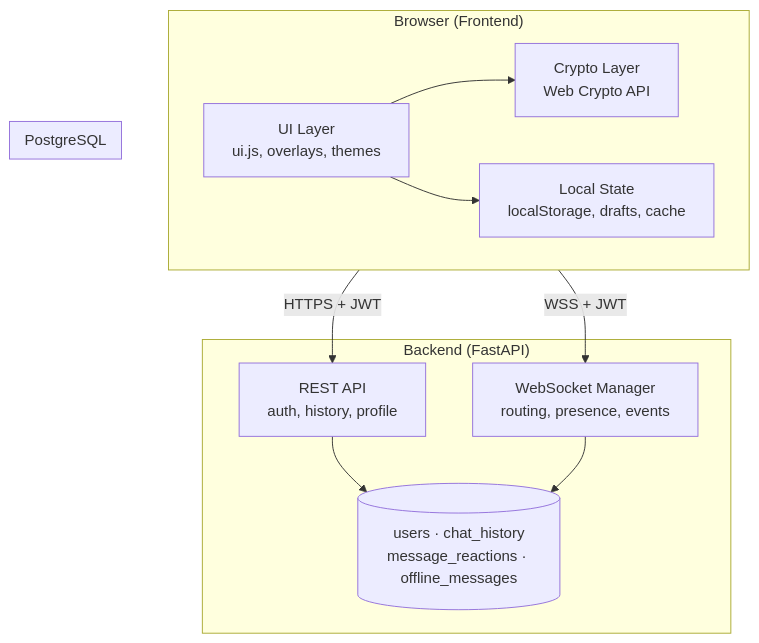
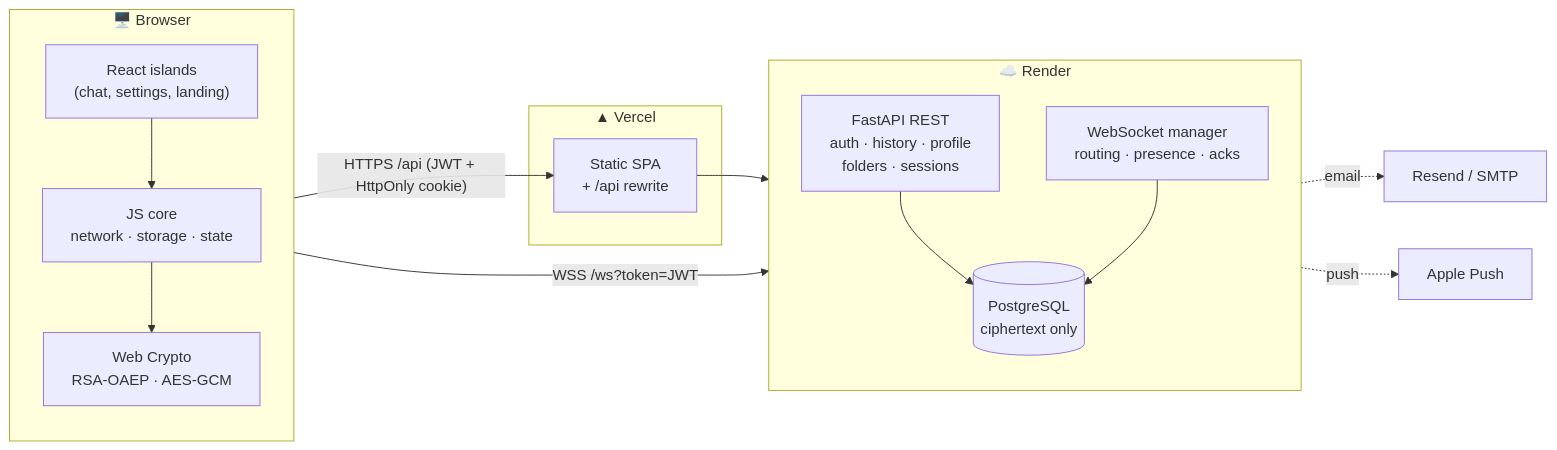
One commit to shytyk-develop/NEXA changed the first of 2 diagrams in README.md. Above: the diagram before and after it, drawn with Mermaid. The commit also changed other lines of this file, not shown here.

````diff
--- a/README.md
+++ b/README.md
@@ -119,24 +132,28 @@
 ```mermaid
-flowchart TB
-    subgraph Client["Browser (Frontend)"]
-        UI["UI Layer<br/>ui.js, overlays, themes"]
-        Crypto["Crypto Layer<br/>Web Crypto API"]
-        State["Local State<br/>localStorage, drafts, cache"]
-        UI --> Crypto
-        UI --> State
+flowchart LR
+    subgraph Browser["🖥️ Browser"]
+        direction TB
+        UI["React islands<br/>(chat, settings, landing)"]
+        Core["JS core<br/>network · storage · state"]
+        Crypto["Web Crypto<br/>RSA-OAEP · AES-GCM"]
+        UI --> Core --> Crypto
     end
 
-    subgraph Server["Backend (FastAPI)"]
-        REST["REST API<br/>auth, history, profile"]
-        WS["WebSocket Manager<br/>routing, presence, events"]
-        REST --> DB
-        WS --> DB
+    subgraph Vercel["▲ Vercel"]
+        Static["Static SPA<br/>+ /api rewrite"]
     end
 
-    subgraph Data["PostgreSQL"]
-        DB[("users · chat_history<br/>message_reactions · offline_messages")]
+    subgraph Render["☁️ Render"]
+        direction TB
+        REST["FastAPI REST<br/>auth · history · profile<br/>folders · sessions"]
+        WS["WebSocket manager<br/>routing · presence · acks"]
+        PG[("PostgreSQL<br/>ciphertext only")]
+        REST --> PG
+        WS --> PG
     end
 
-    Client -->|"HTTPS + JWT"| REST
-    Client -->|"WSS + JWT"| WS
+    Browser -- "HTTPS /api (JWT + HttpOnly cookie)" --> Static --> REST
+    Browser -- "WSS /ws?token=JWT" --> WS
+    REST -. email .-> Mail["Resend / SMTP"]
+    WS -. push .-> APNs["Apple Push"]
 ```
````
